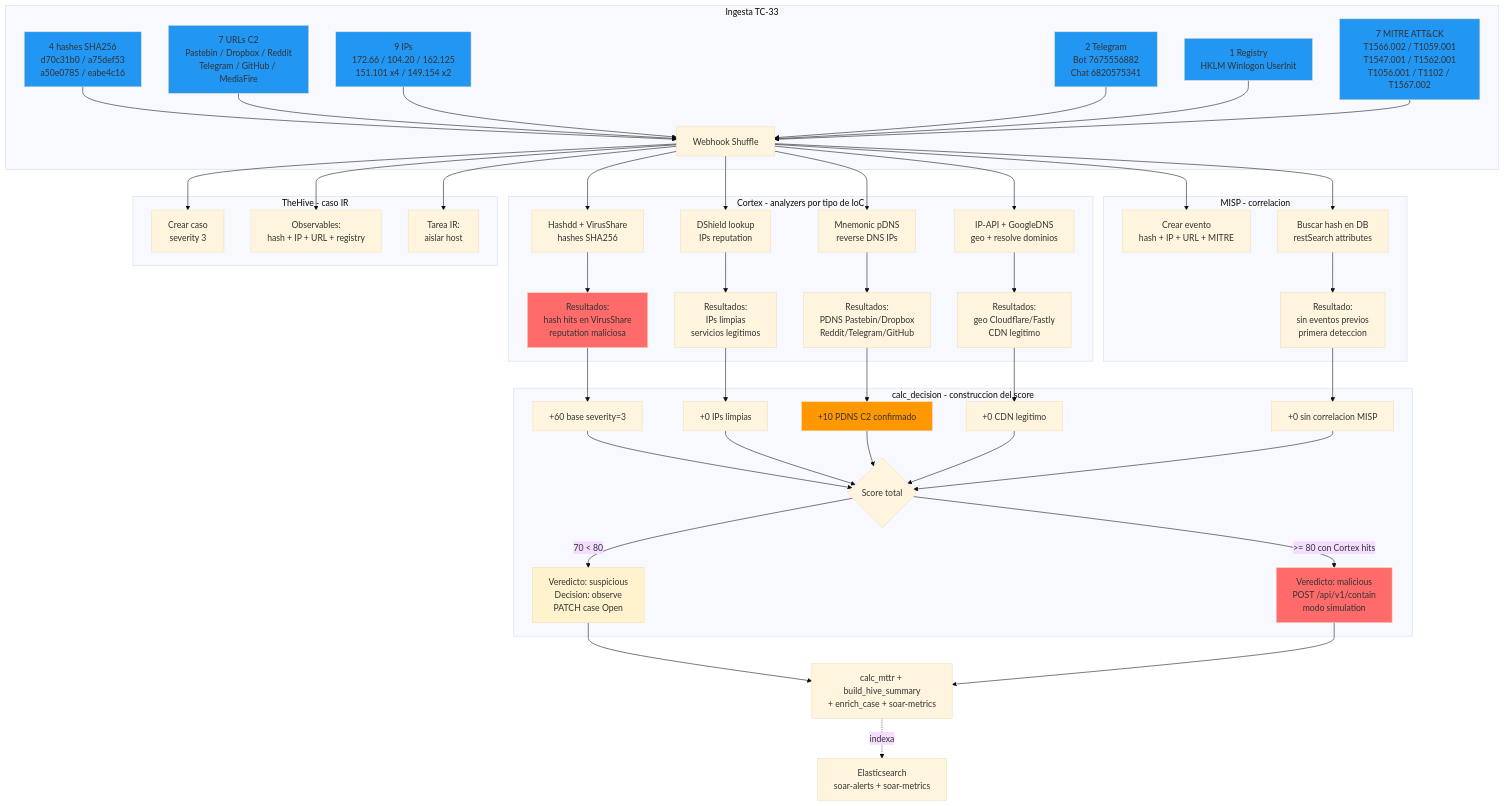
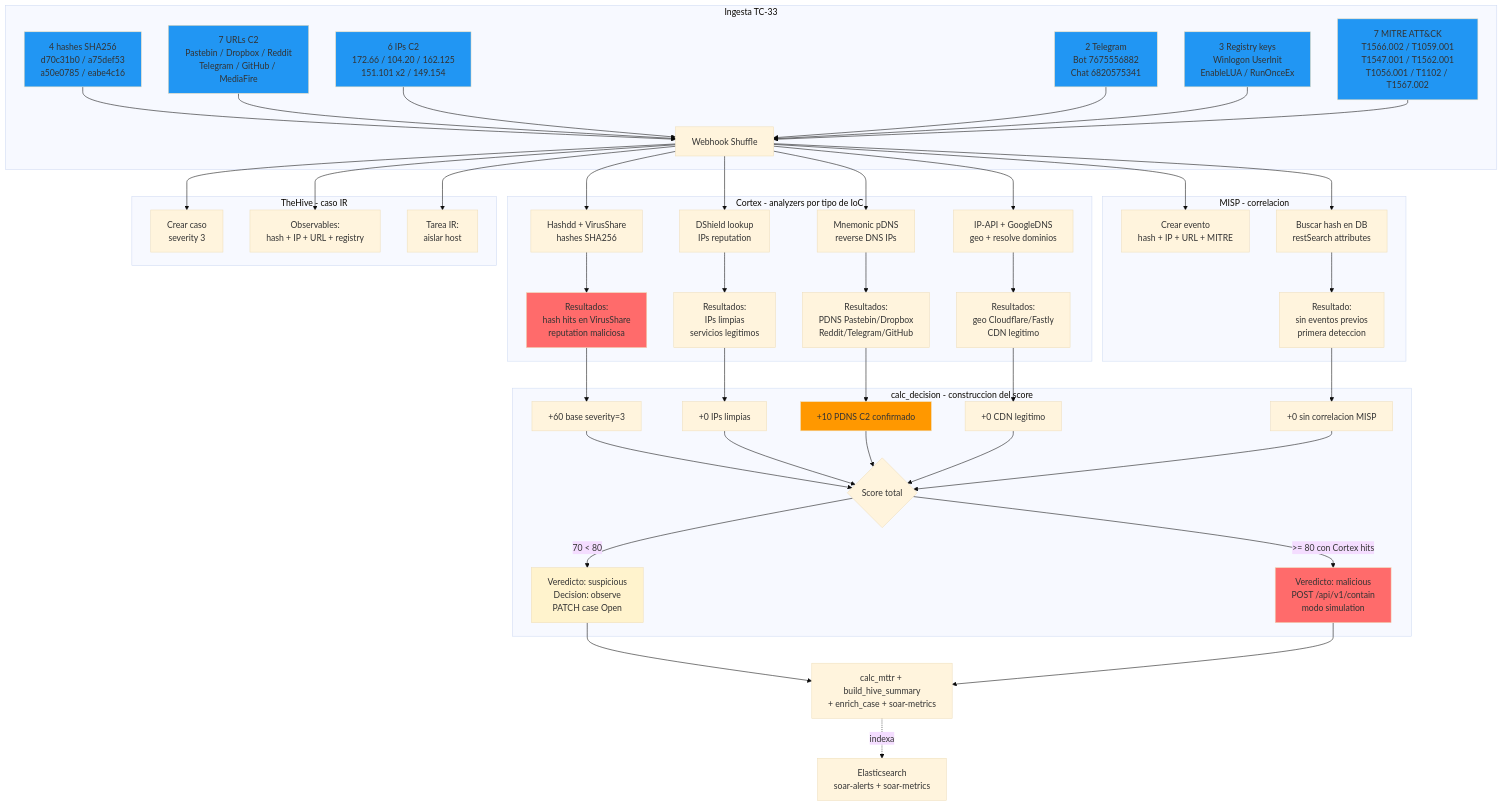
One commit to alesanfe/soar-ransomware-lab changed diagram 16 of 22 in docs/02-architecture.md. Above: the diagram before and after it, drawn with Mermaid (base theme). The commit also changed other lines of this file and 20 other files, not shown here.

````diff
--- a/docs/02-architecture.md
+++ b/docs/02-architecture.md
@@ -3412,58 +3283,58 @@
 ```mermaid
 graph TD
  subgraph Ingesta["Ingesta TC-33"]
    A[4 hashes SHA256<br/>d70c31b0 / a75def53<br/>a50e0785 / eabe4c16] --> B[Webhook Shuffle]
    A2[7 URLs C2<br/>Pastebin / Dropbox / Reddit<br/>Telegram / GitHub / MediaFire] --> B
-   A3[9 IPs<br/>172.66 / 104.20 / 162.125<br/>151.101 x4 / 149.154 x2] --> B
+   A3[6 IPs C2<br/>172.66 / 104.20 / 162.125<br/>151.101 x2 / 149.154] --> B
    A4[2 Telegram<br/>Bot 7675556882<br/>Chat 6820575341] --> B
-   A5[1 Registry<br/>HKLM Winlogon UserInit] --> B
+   A5[3 Registry keys<br/>Winlogon UserInit<br/>EnableLUA / RunOnceEx] --> B
    A6[7 MITRE ATT&CK<br/>T1566.002 / T1059.001<br/>T1547.001 / T1562.001<br/>T1056.001 / T1102 / T1567.002] --> B
  end
  subgraph Cortex["Cortex - analyzers por tipo de IoC"]
    B --> C1[Hashdd + VirusShare<br/>hashes SHA256]
    B --> C2[DShield lookup<br/>IPs reputation]
    B --> C3[Mnemonic pDNS<br/>reverse DNS IPs]
    B --> C4[IP-API + GoogleDNS<br/>geo + resolve dominios]
    C1 --> R1[Resultados:<br/>hash hits en VirusShare<br/>reputation maliciosa]
    C2 --> R2[Resultados:<br/>IPs limpias<br/>servicios legitimos]
    C3 --> R3[Resultados:<br/>PDNS Pastebin/Dropbox<br/>Reddit/Telegram/GitHub]
    C4 --> R4[Resultados:<br/>geo Cloudflare/Fastly<br/>CDN legitimo]
  end
  subgraph MISP["MISP - correlacion"]
    B --> D1[Crear evento<br/>hash + IP + URL + MITRE]
    B --> D2[Buscar hash en DB<br/>restSearch attributes]
    D2 --> R5[Resultado:<br/>sin eventos previos<br/>primera deteccion]
  end
  subgraph Hive["TheHive - caso IR"]
    B --> E1[Crear caso<br/>severity 3]
    B --> E2[Observables:<br/>hash + IP + URL + registry]
    B --> E3[Tarea IR:<br/>aislar host]
  end
  subgraph Score["calc_decision - construccion del score"]
    R1 --> S1[+60 base severity=3]
    R2 --> S2[+0 IPs limpias]
    R3 --> S3[+10 PDNS C2 confirmado]
    R4 --> S4[+0 CDN legitimo]
    R5 --> S5[+0 sin correlacion MISP]
    S1 --> S6{Score total}
    S2 --> S6
    S3 --> S6
    S4 --> S6
    S5 --> S6
    S6 -->|70 < 80| O[Veredicto: suspicious<br/>Decision: observe<br/>PATCH case Open]
    S6 -->|>= 80 con Cortex hits| K[Veredicto: malicious<br/>POST /api/v1/contain<br/>modo simulation]
  end
  O --> N[calc_mttr + build_hive_summary<br/>+ enrich_case + soar-metrics]
  K --> N
  N -.->|indexa| F[Elasticsearch<br/>soar-alerts + soar-metrics]
  style A fill:#2196F3
  style A2 fill:#2196F3
  style A3 fill:#2196F3
  style A4 fill:#2196F3
  style A5 fill:#2196F3
  style A6 fill:#2196F3
  style R1 fill:#ff6b6b
  style S3 fill:#ff9800
  style K fill:#ff6b6b
  style O fill:#fff3cd
 ```
````
